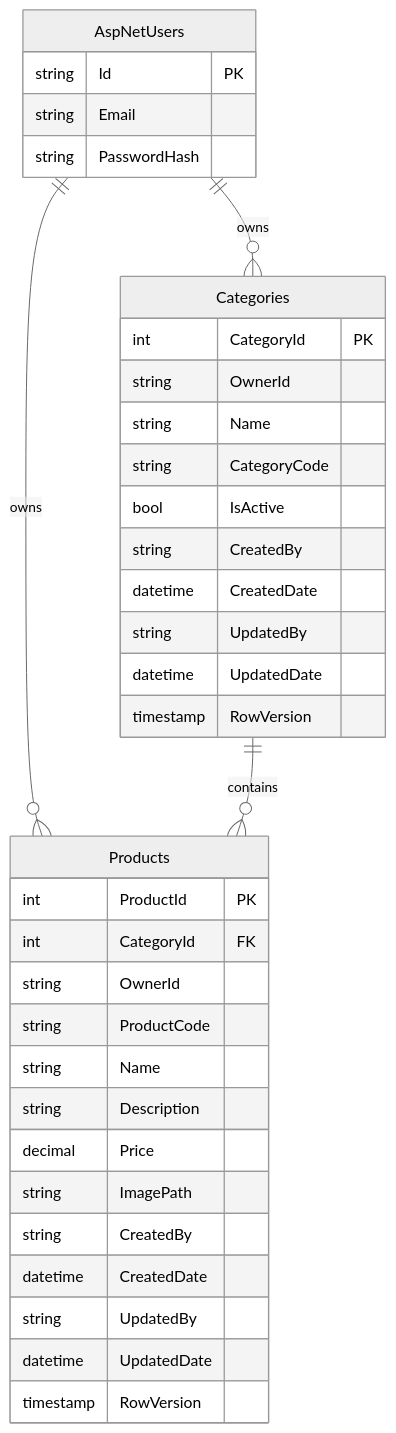
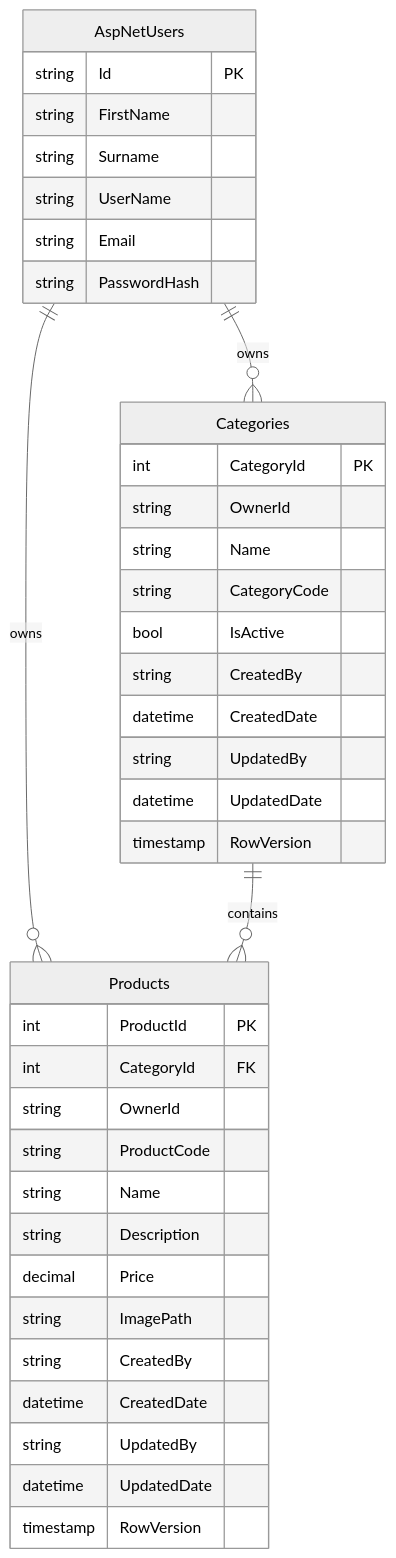
Before and after one commit to mmvelase60/ProductVault: the diagram in docs/database-schema.md, drawn with Mermaid (neutral theme). The commit also changed other lines of this file and 15 other files, not shown here.

````diff
--- a/docs/database-schema.md
+++ b/docs/database-schema.md
@@ -5,39 +5,42 @@
 ```mermaid
 erDiagram
     AspNetUsers ||--o{ Categories : owns
     AspNetUsers ||--o{ Products : owns
     Categories ||--o{ Products : contains
 
     AspNetUsers {
         string Id PK
+        string FirstName
+        string Surname
+        string UserName
         string Email
         string PasswordHash
     }
     Categories {
         int CategoryId PK
         string OwnerId
         string Name
         string CategoryCode
         bool IsActive
         string CreatedBy
         datetime CreatedDate
         string UpdatedBy
         datetime UpdatedDate
         timestamp RowVersion
     }
     Products {
         int ProductId PK
         int CategoryId FK
         string OwnerId
         string ProductCode
         string Name
         string Description
         decimal Price
         string ImagePath
         string CreatedBy
         datetime CreatedDate
         string UpdatedBy
         datetime UpdatedDate
         timestamp RowVersion
     }
 ```
````
